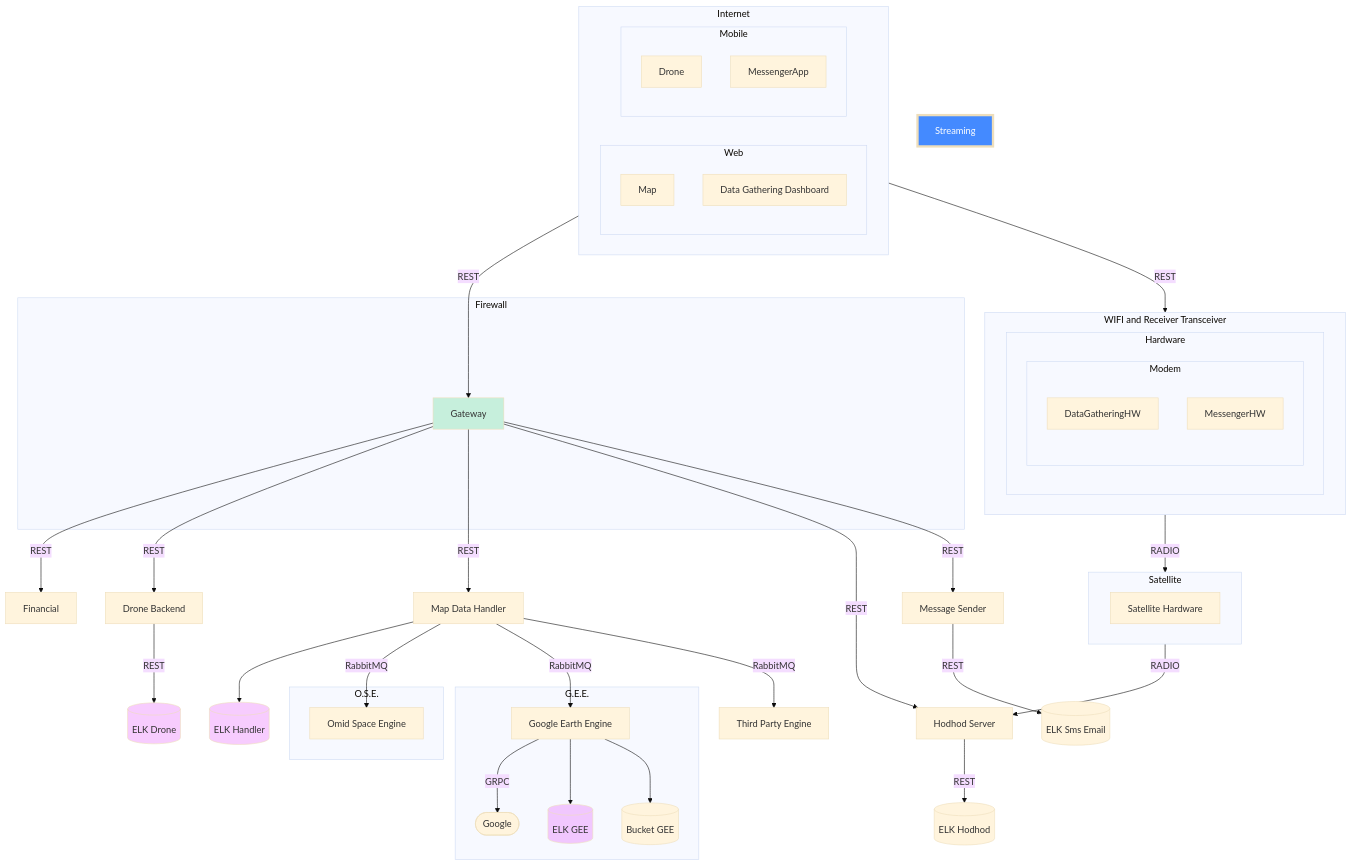
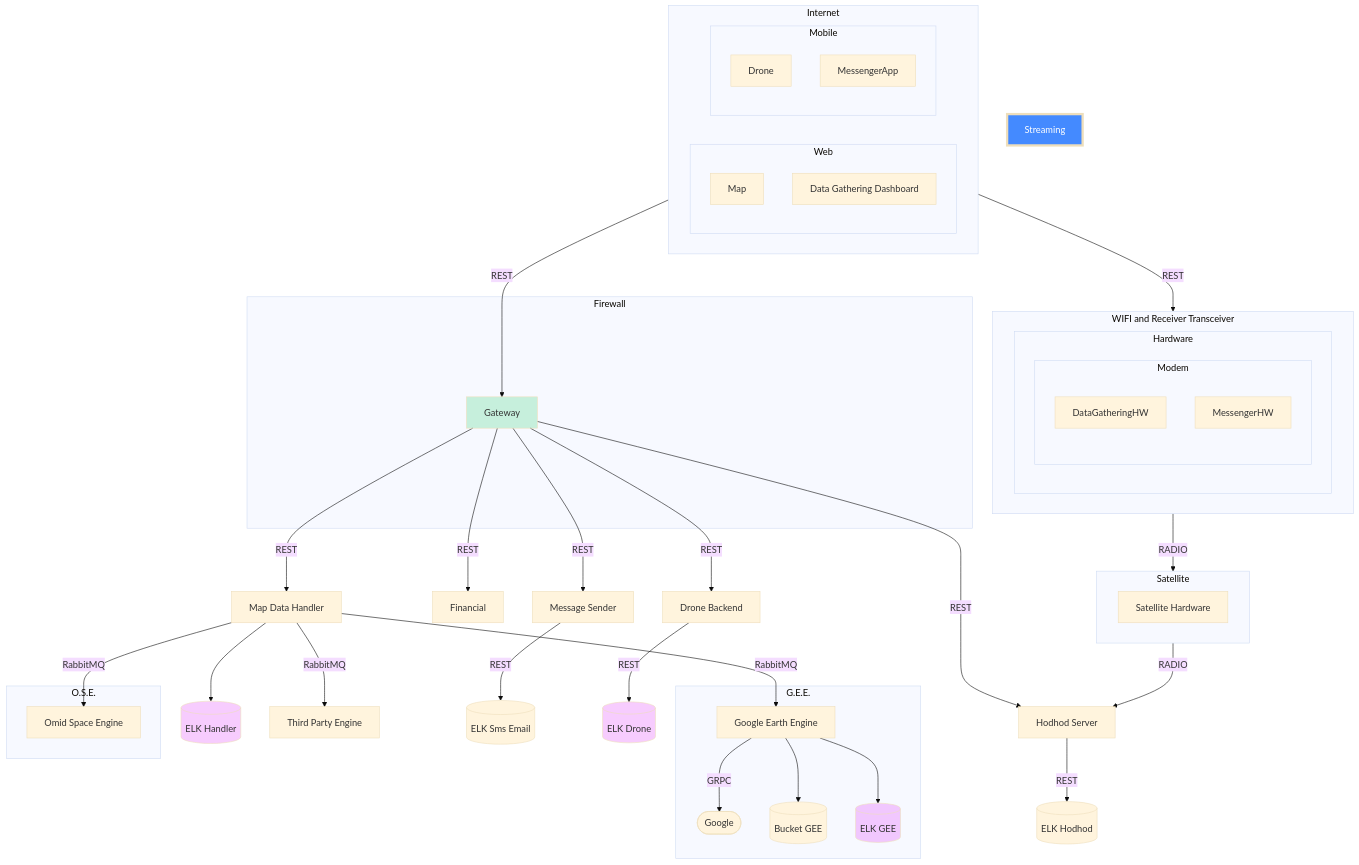
Before and after one commit to spaceomid/Documentation: the diagram in docs/Arch.md, drawn with Mermaid (base theme). The commit also changed 2 other files, not shown here.

````diff
--- a/docs/Arch.md
+++ b/docs/Arch.md
@@ -6,80 +6,80 @@
 ``` mermaid
 flowchart TB
     
     classDef Elk fill:#d500f933;
     
     style Gateway fill:#00c85333
     style Streaming fill:#448aff,stroke-width:4px,color:#fff
     
     subgraph Internet
     
     subgraph Web
     Map
     DataGatheringDashboard[Data Gathering Dashboard]
     end
     
     subgraph Mobile
     Drone
     MessengerApp
     end
     
     end
 
     subgraph Firewall
     Gateway
     end
     
     subgraph WIFI_ReceiverTransceiver[WIFI and Receiver Transceiver]
     subgraph Hardware
     subgraph Modem
     DataGatheringHW
     MessengerHW
     end
     end
     end
 
     subgraph Satellite
         SatelliteHardware[Satellite Hardware]
     end
 
     WIFI_ReceiverTransceiver --RADIO--> Satellite
     Satellite --RADIO--> HodhodServer
 
+    Internet --REST--> WIFI_ReceiverTransceiver
+
     Internet --REST--> Gateway
-
-    Internet --REST--> WIFI_ReceiverTransceiver
 
     Gateway --REST--> Financial
     Gateway --REST--> DroneBackend[Drone Backend]
     Gateway --REST--> MapDataHandler[Map Data Handler] 
 
     Gateway --REST--> HodhodServer[Hodhod Server]
     Gateway --REST--> MessageSender[Message Sender]   
-        
+
     MapDataHandler --> ELKHandler[(ELK Handler)]:::Elk
     MapDataHandler --RabbitMQ--> OSE[Omid Space Engine ]
     MapDataHandler --RabbitMQ--> GEE[Google Earth Engine ]
     MapDataHandler --RabbitMQ--> TPE[Third Party Engine ]
 
     HodhodServer --REST--> ELKHodhod[(ELK Hodhod)]
     MessageSender --REST--> ELKSmsEmail[(ELK Sms Email)]
     
     DroneBackend --REST--> ELKDrone[(ELK Drone)]:::Elk
      
     subgraph G.E.E.
     GEE
     Google
     BucketGEE
     ELKGEE
     end
     
     GEE --GRPC--> Google([Google])
     GEE --> ELKGEE[(ELK GEE)]:::Elk
     GEE --> BucketGEE[(Bucket GEE)]
     
     
     subgraph O.S.E.
     OSE
     end
     
 ``` 
````
